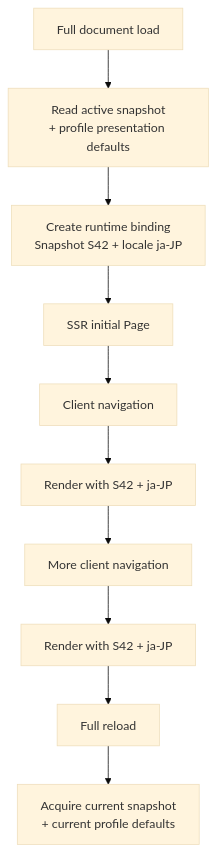
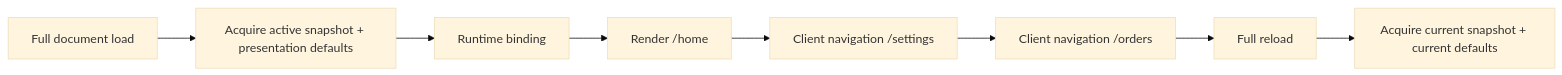
Before and after one commit to taskmigo/docs: the second of 4 diagrams in content/versions/v0/manuals/runtime.mdx, drawn with Mermaid (base theme). The commit also changed other lines of this file and 25 other files, not shown here.

````diff
--- a/content/versions/v0/manuals/runtime.mdx
+++ b/content/versions/v0/manuals/runtime.mdx
@@ -68,12 +54,10 @@
 ```mermaid
-flowchart TD
-  load["Full document load"] --> bootstrap["Read active snapshot\n+ profile presentation defaults"]
-  bootstrap --> binding["Create runtime binding\nSnapshot S42 + locale ja-JP"]
-  binding --> ssr["SSR initial Page"]
-  ssr --> nav1["Client navigation"]
-  nav1 --> same1["Render with S42 + ja-JP"]
-  same1 --> nav2["More client navigation"]
-  nav2 --> same2["Render with S42 + ja-JP"]
-  same2 --> reload["Full reload"]
-  reload --> bootstrap2["Acquire current snapshot\n+ current profile defaults"]
+flowchart LR
+  load["Full document load"] --> bootstrap["Acquire active snapshot + presentation defaults"]
+  bootstrap --> binding["Runtime binding"]
+  binding --> home["Render /home"]
+  home --> settings["Client navigation /settings"]
+  settings --> orders["Client navigation /orders"]
+  orders --> reload["Full reload"]
+  reload --> next["Acquire current snapshot + current defaults"]
 ```
````
